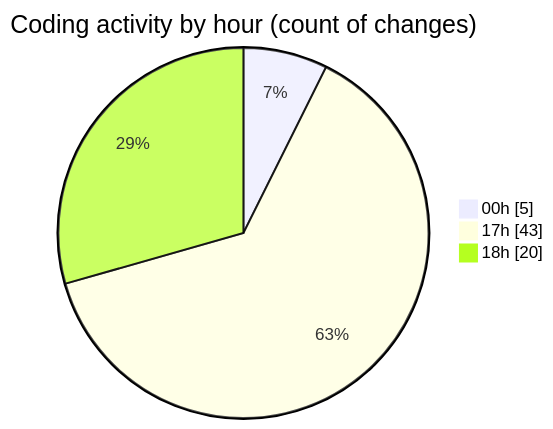
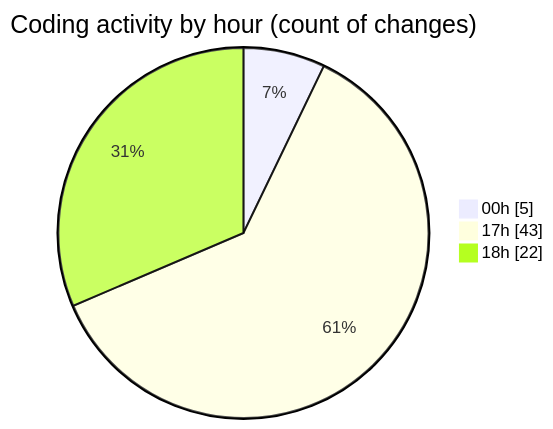
Before and after one commit to hasnaa123/code-tracking: the second of 2 diagrams in 2026-04-12/chatserver/README.md, drawn with Mermaid. The commit also changed other lines of this file and 1 other file, not shown here.

````diff
--- a/2026-04-12/chatserver/README.md
+++ b/2026-04-12/chatserver/README.md
@@ -32,7 +32,7 @@
 ```mermaid
 pie showData
 title Coding activity by hour (count of changes)
 "00h" : 5
 "17h" : 43
-"18h" : 20
+"18h" : 22
 ```
````
